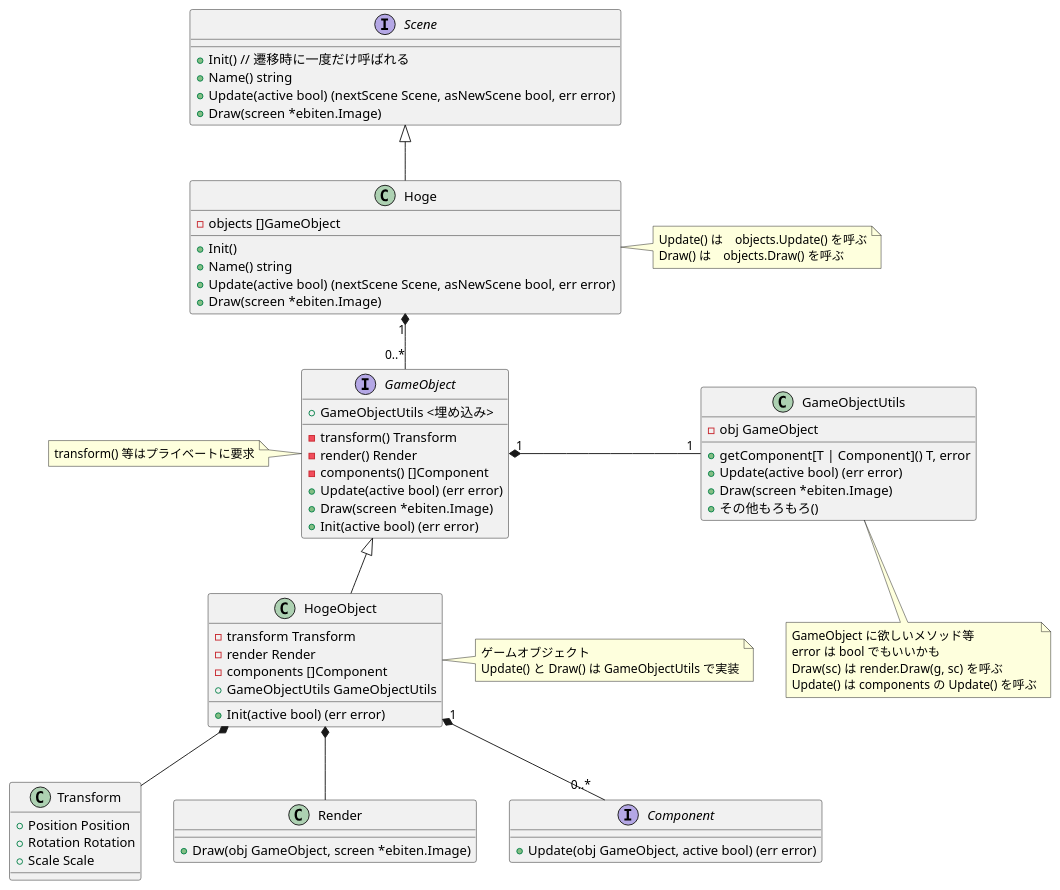
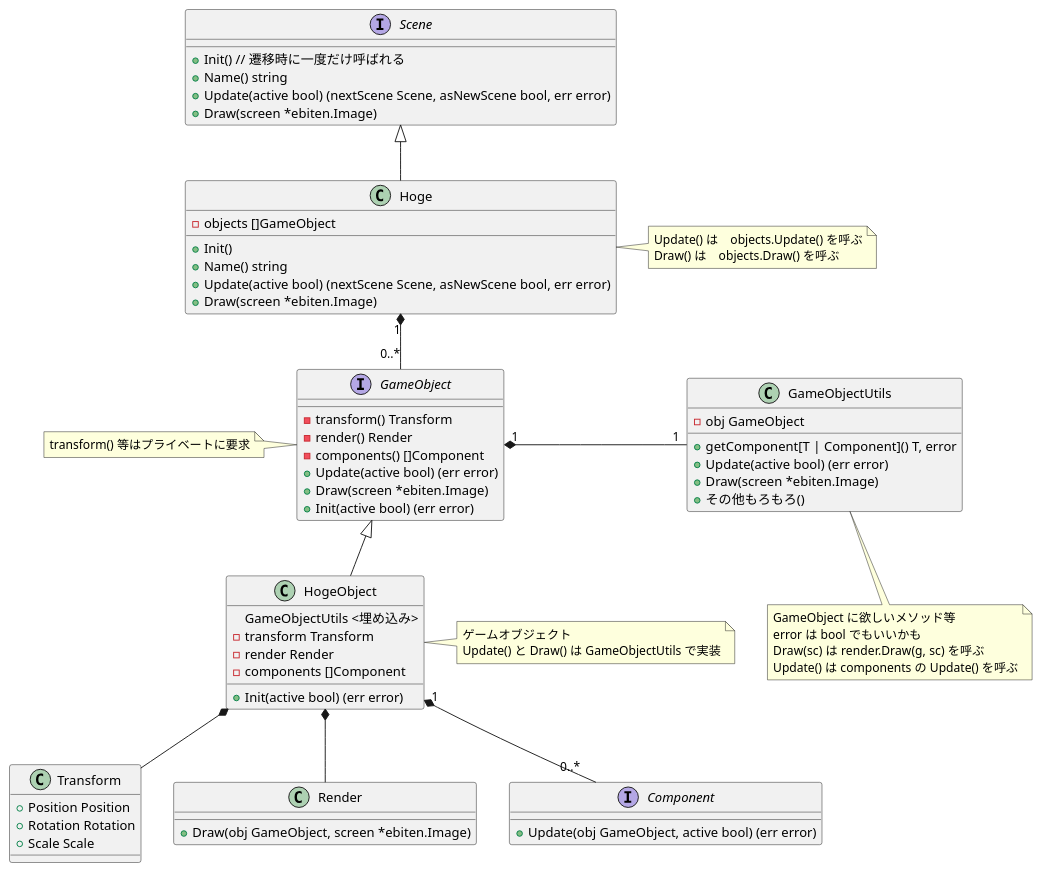
The diagram in Docs/Scene_class_diagram.puml (kmc-jp/Gamedev_Tempura-of-p--Phenylazo-phenol), drawn with PlantUML before and after one commit.

Commit message:
GameObjectUtils の扱いを修正

```diff
--- a/Docs/Scene_class_diagram.puml
+++ b/Docs/Scene_class_diagram.puml
@@ -1,75 +1,74 @@
 @startuml Scene_class_diagram
 
 interface Scene {
     + Init() // 遷移時に一度だけ呼ばれる
     + Name() string
     + Update(active bool) (nextScene Scene, asNewScene bool, err error)
     + Draw(screen *ebiten.Image)
 }
 
 class Hoge {
     - objects []GameObject
     + Init()
     + Name() string
     + Update(active bool) (nextScene Scene, asNewScene bool, err error)
     + Draw(screen *ebiten.Image)
 }
 note right of Hoge : Update() は　objects.Update() を呼ぶ\nDraw() は　objects.Draw() を呼ぶ
 
 Hoge -up-|> Scene
 
 Hoge "1" *-- "0..*" GameObject
 
 interface GameObject {
-    + GameObjectUtils <埋め込み>
     - transform() Transform
     - render() Render
     - components() []Component
     + Update(active bool) (err error)
     + Draw(screen *ebiten.Image)
     + Init(active bool) (err error)
 }
 note left of GameObject : transform() 等はプライベートに要求
 
 class GameObjectUtils {
     - obj GameObject
     + getComponent[T | Component]() T, error
     + Update(active bool) (err error)
     + Draw(screen *ebiten.Image)
     + その他もろもろ()
 }
 note bottom of GameObjectUtils : GameObject に欲しいメソッド等\nerror は bool でもいいかも\nDraw(sc) は render.Draw(g, sc) を呼ぶ\nUpdate() は components の Update() を呼ぶ
 
 GameObject "1" *- "1" GameObjectUtils
 
 
 class HogeObject {
+    GameObjectUtils <埋め込み>
     - transform Transform
     - render Render
     - components []Component
-    + GameObjectUtils GameObjectUtils
     + Init(active bool) (err error)
 }
 note right of HogeObject : ゲームオブジェクト\nUpdate() と Draw() は GameObjectUtils で実装
 
 
 HogeObject -up-|> GameObject
 HogeObject *-- Transform
 HogeObject *-- Render
 
 HogeObject "1" *-- "0..*" Component
 
 class Transform {
     + Position Position
     + Rotation Rotation
     + Scale Scale
 }
 
 class Render {
     + Draw(obj GameObject, screen *ebiten.Image)
 }
 
 interface Component {
     + Update(obj GameObject, active bool) (err error)
 }
 @enduml
```
